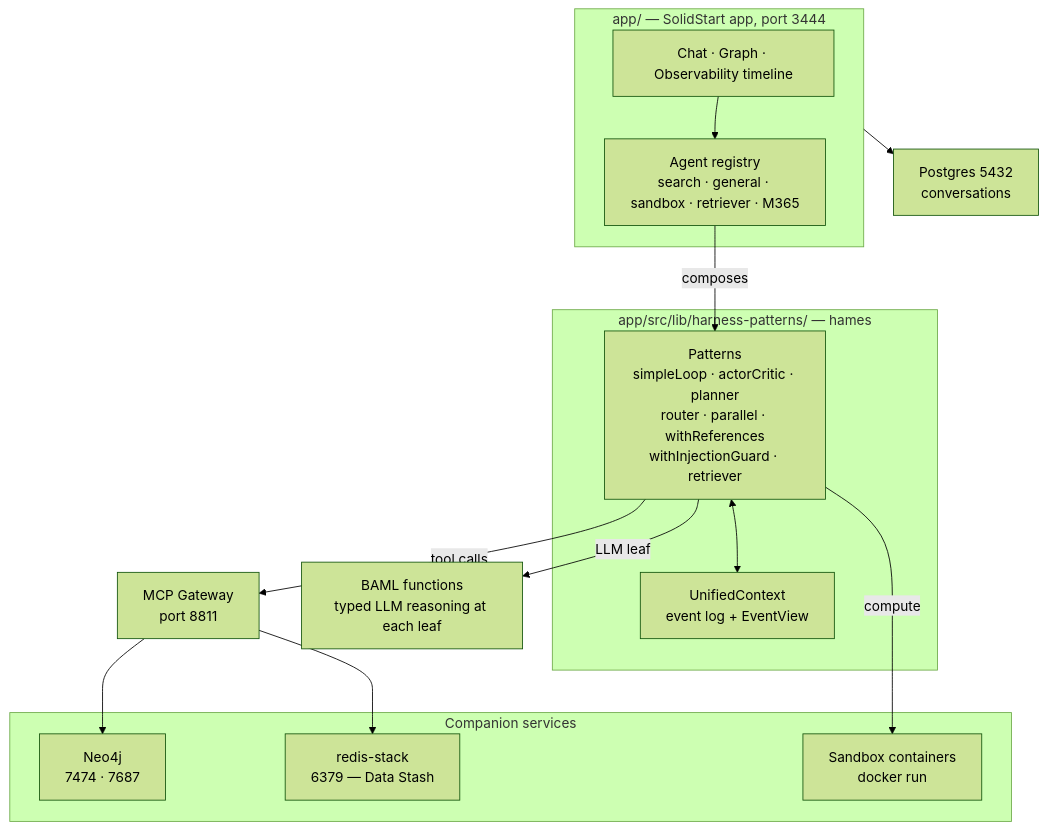
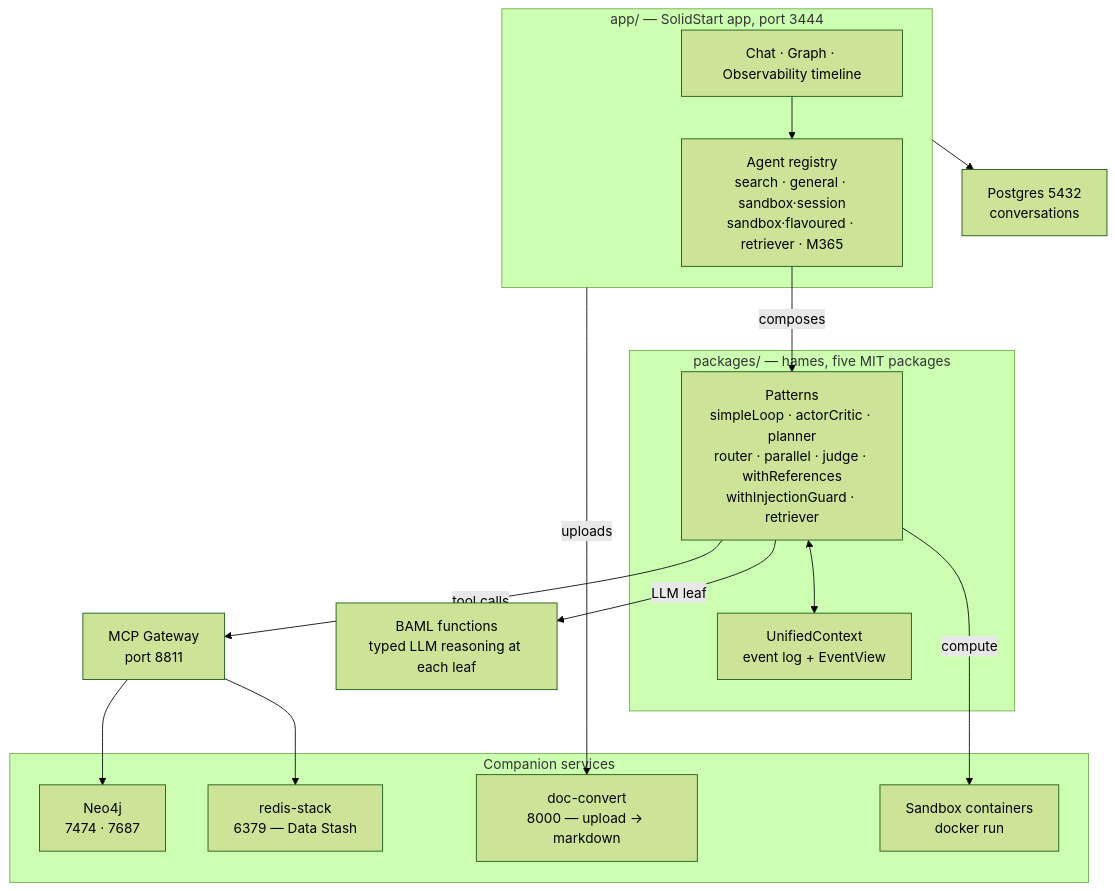
The diagram in README.md (mknw/hames-playground), drawn with Mermaid (forest theme) before and after one commit. The commit also changed other lines of this file, not shown here.

````diff
--- a/README.md
+++ b/README.md
@@ -89,33 +222,35 @@
 ```mermaid
 flowchart TB
     subgraph APP["app/ — SolidStart app, port 3444"]
         UI["Chat · Graph · Observability timeline"]
-        REG["Agent registry<br/>search · general · sandbox · retriever · M365"]
+        REG["Agent registry<br/>search · general · sandbox·session<br/>sandbox·flavoured · retriever · M365"]
         UI --> REG
     end
 
-    subgraph HAMES["app/src/lib/harness-patterns/ — hames"]
-        PAT["Patterns<br/>simpleLoop · actorCritic · planner<br/>router · parallel · withReferences<br/>withInjectionGuard · retriever"]
+    subgraph HAMES["packages/ — hames, five MIT packages"]
+        PAT["Patterns<br/>simpleLoop · actorCritic · planner<br/>router · parallel · judge · withReferences<br/>withInjectionGuard · retriever"]
         CTX["UnifiedContext<br/>event log + EventView"]
         PAT <--> CTX
     end
 
     BAML["BAML functions<br/>typed LLM reasoning at each leaf"]
     GW["MCP Gateway<br/>port 8811"]
 
     subgraph SVC["Companion services"]
         NEO["Neo4j<br/>7474 · 7687"]
         RDS["redis-stack<br/>6379 — Data Stash"]
+        DOC["doc-convert<br/>8000 — upload → markdown"]
         SBX["Sandbox containers<br/>docker run"]
     end
 
     PG["Postgres 5432<br/>conversations"]
 
     REG -- composes --> PAT
     PAT -- LLM leaf --> BAML
     PAT -- tool calls --> GW
     PAT -- compute --> SBX
     GW --> NEO
     GW --> RDS
+    APP -- uploads --> DOC
     APP --> PG
 ```
````
